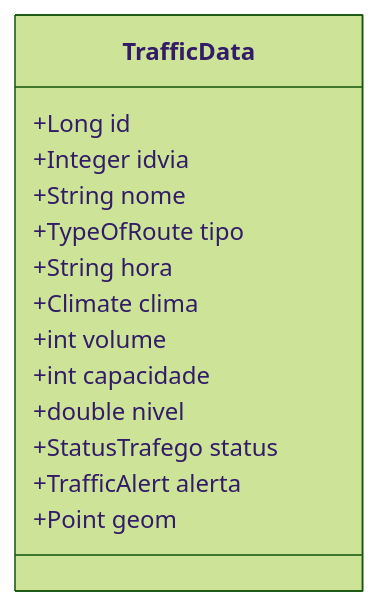
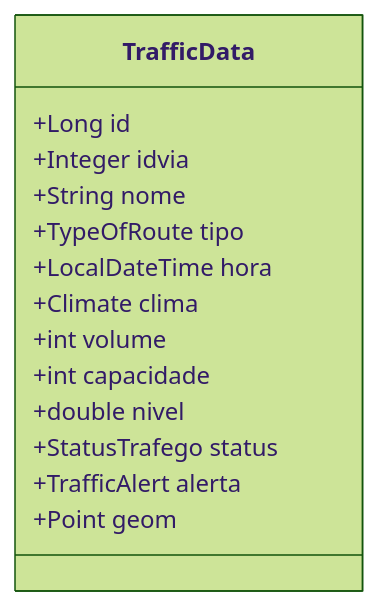
The second of 2 diagrams in docs/api.md (No-Country-simulation/S03-26-Equipe-26-Web-App-Development), drawn with Mermaid (forest theme) before and after one commit. The commit also changed other lines of this file and 19 other files, not shown here.

````diff
--- a/docs/api.md
+++ b/docs/api.md
@@ -125,17 +149,17 @@
 ```mermaid
 classDiagram
     class TrafficData {
         +Long id
         +Integer idvia
         +String nome
         +TypeOfRoute tipo
-        +String hora
+        +LocalDateTime hora
         +Climate clima
         +int volume
         +int capacidade
         +double nivel
         +StatusTrafego status
         +TrafficAlert alerta
         +Point geom
     }
 ```
````
